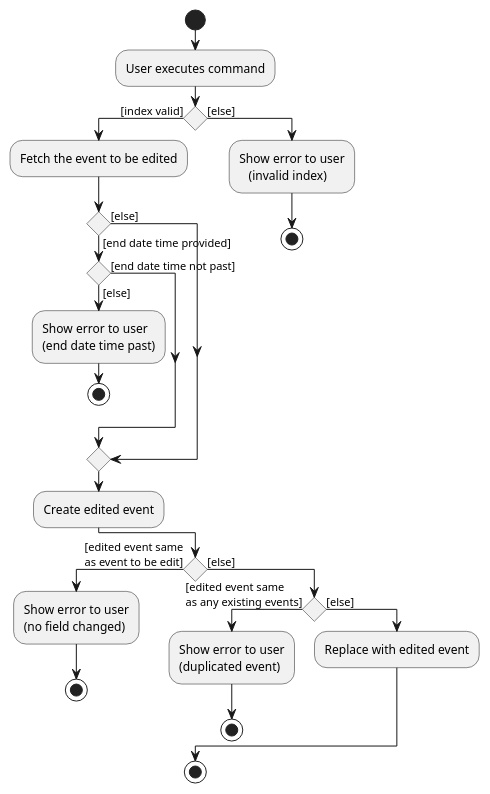
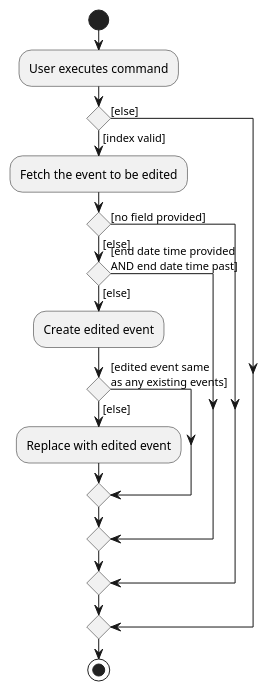
The diagram in docs/diagrams/EditEventCommandActivityDiagram.puml (nus-cs2103-AY2021S2/tp), drawn with PlantUML before and after one commit. The commit also changed 3 other files, not shown here.

Commit message:
Add class diagram for editEvent

```diff
--- a/docs/diagrams/EditEventCommandActivityDiagram.puml
+++ b/docs/diagrams/EditEventCommandActivityDiagram.puml
@@ -1,43 +1,29 @@
 @startuml
 start
 :User executes command;
 
 'Since the beta syntax does not support placing the condition outside the
 'diamond we place it as the true branch instead.
 
 if () then ([index valid])
     :Fetch the event to be edited;
-    if () then ([end date time provided])
-        if () then ([end date time not past])
+
+
+    if () then ([no field provided])
+
+    else ([else])
+        if () then ([end date time provided
+AND end date time past])
         else ([else])
-            :Show error to user
-            (end date time past);
-            stop
+            :Create edited event;
+            if () then ([edited event same
+as any existing events])
+            else ([else])
+            :Replace with edited event;
+            endif
         endif
-    else ([else])
     endif
-        :Create edited event;
 else ([else])
-:Show error to user
-   (invalid index);
-stop
-endif
-if () then ([edited event same
-as event to be edit])
-:Show error to user
-(no field changed);
-stop
-else ([else])
-
-if () then ([edited event same
-as any existing events])
-:Show error to user
-(duplicated event);
-stop
-else ([else])
-
-:Replace with edited event;
-endif
 endif
 stop
 @enduml
```
